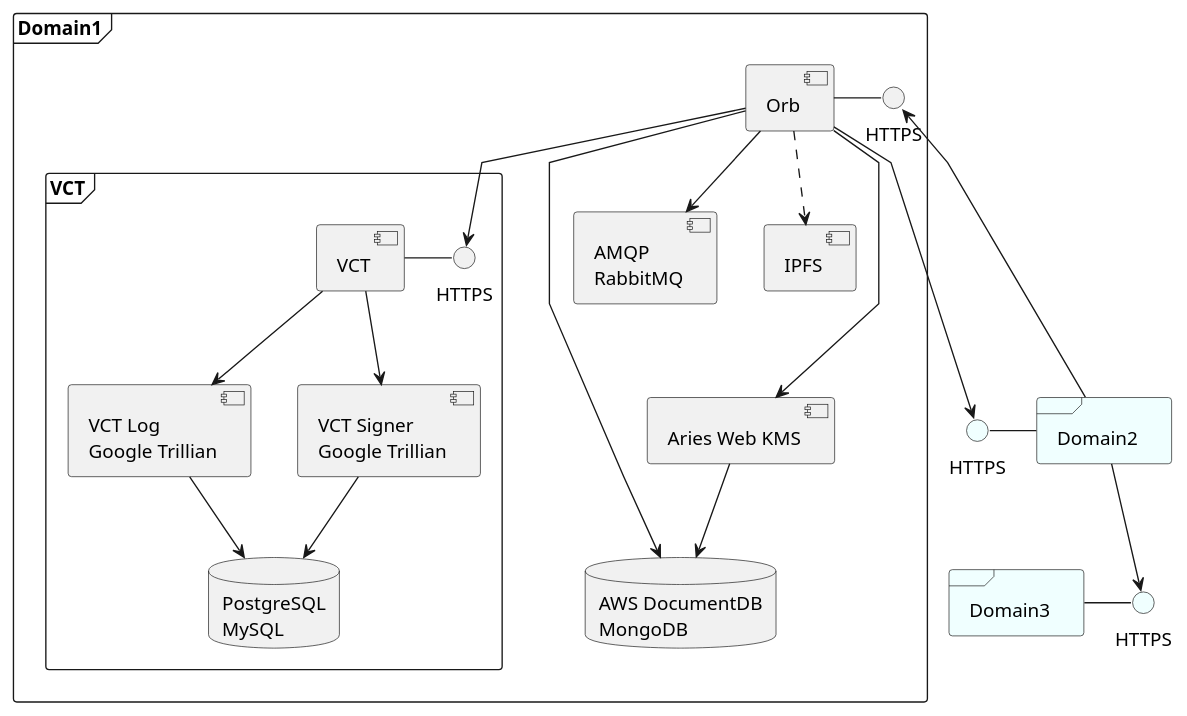
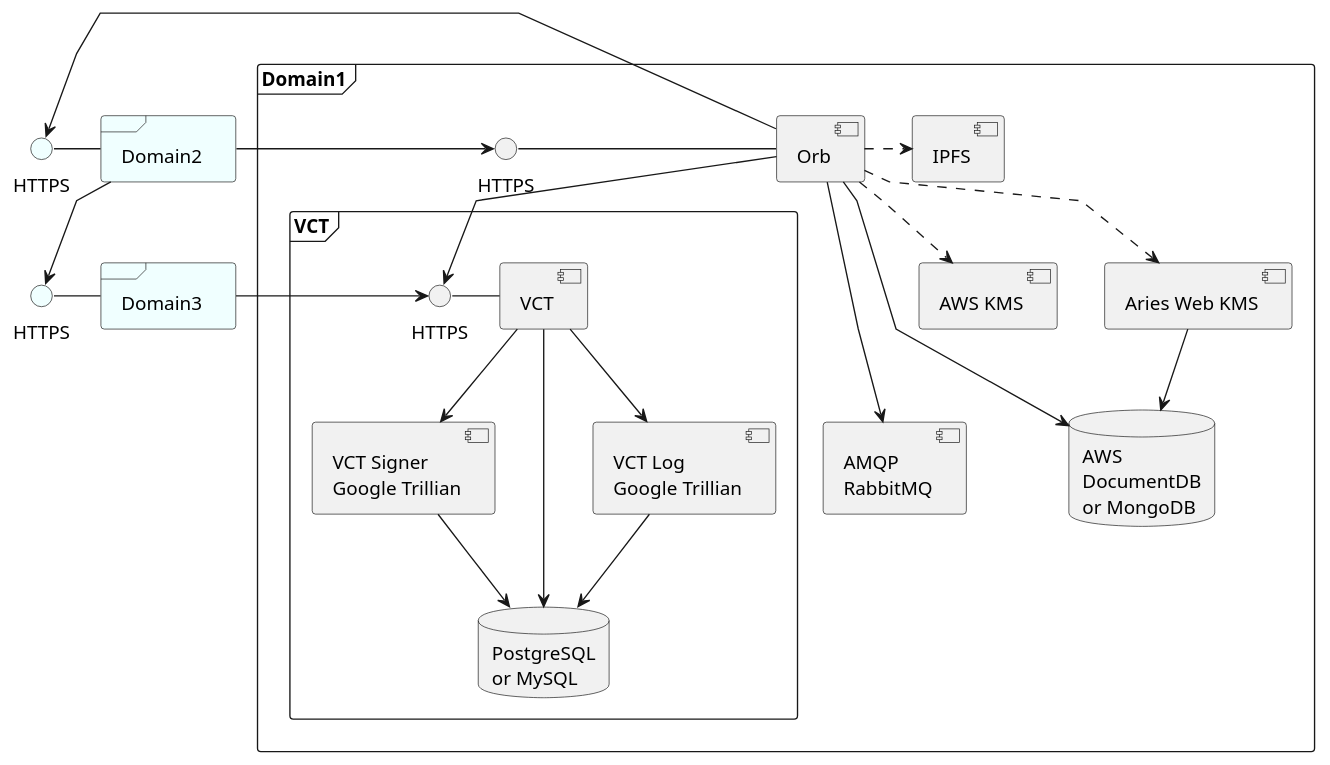
The diagram in readthedocs/source/orb/diagrams/nodes.puml (trustbloc/docs), drawn with PlantUML before and after one commit. The commit also changed 5 other files, not shown here.

```diff
--- a/readthedocs/source/orb/diagrams/nodes.puml
+++ b/readthedocs/source/orb/diagrams/nodes.puml
@@ -1,67 +1,69 @@
 @startuml
 'https://plantuml.com/component-diagram
 
 skinparam linetype polyline
 
 frame "Domain1" {
-  database "AWS DocumentDB\nMongoDB" as orbdb
+  database "AWS\nDocumentDB\nor MongoDB" as orbdb
 
+  component "IPFS" as ipfs
   component Orb as orb1
 
   orb1 --> orbdb
 
   interface "HTTPS" as rest1
 
-  orb1 - rest1
+  orb1 -left- rest1
 
   component "AMQP\nRabbitMQ" as amqp
+  component "AWS KMS" as aws_kms
+  component "Aries Web KMS" as aries_kms
 
-  orb1 --> amqp
+  orb1 ..> aws_kms
+  orb1 ..> aries_kms
+  orb1 ---> amqp
 
-  component "IPFS" as ipfs
+  aries_kms --> orbdb
 
-  component "Aries Web KMS" as kms
-
-  kms --> orbdb
-
-  orb1 ---> kms
-
-  orb1 ..> ipfs
+  orb1 .> ipfs
 
   frame "VCT" {
     component "VCT" as vct
     component "VCT Log\nGoogle Trillian" as vct_log
 
     component "VCT Signer\nGoogle Trillian" as vct_signer
 
-    database "PostgreSQL\nMySQL" as vctdb
+    database "PostgreSQL\nor MySQL" as vctdb
 
     interface "HTTPS" as vct_rest
-    vct - vct_rest
+    vct -left- vct_rest
 
     vct --> vct_log
-    vct --> vct_signer
+    vct -> vct_signer
+    vct -> vctdb
     vct_log --> vctdb
     vct_signer --> vctdb
   }
 
   orb1 --> vct_rest
 }
 
 frame "Domain2" as domain2 #Azure
 
 interface "HTTPS" as rest2 #Azure
 
 domain2 -left- rest2
 
 frame Domain3 as domain3 #Azure
 
 interface "HTTPS" as rest3 #Azure
 
-domain3 -right- rest3
+domain3 -left- rest3
 
 orb1 ---> rest2
 domain2 --> rest1
 domain2 --> rest3
 
+domain3 -> vct_rest
+
 @enduml
```
